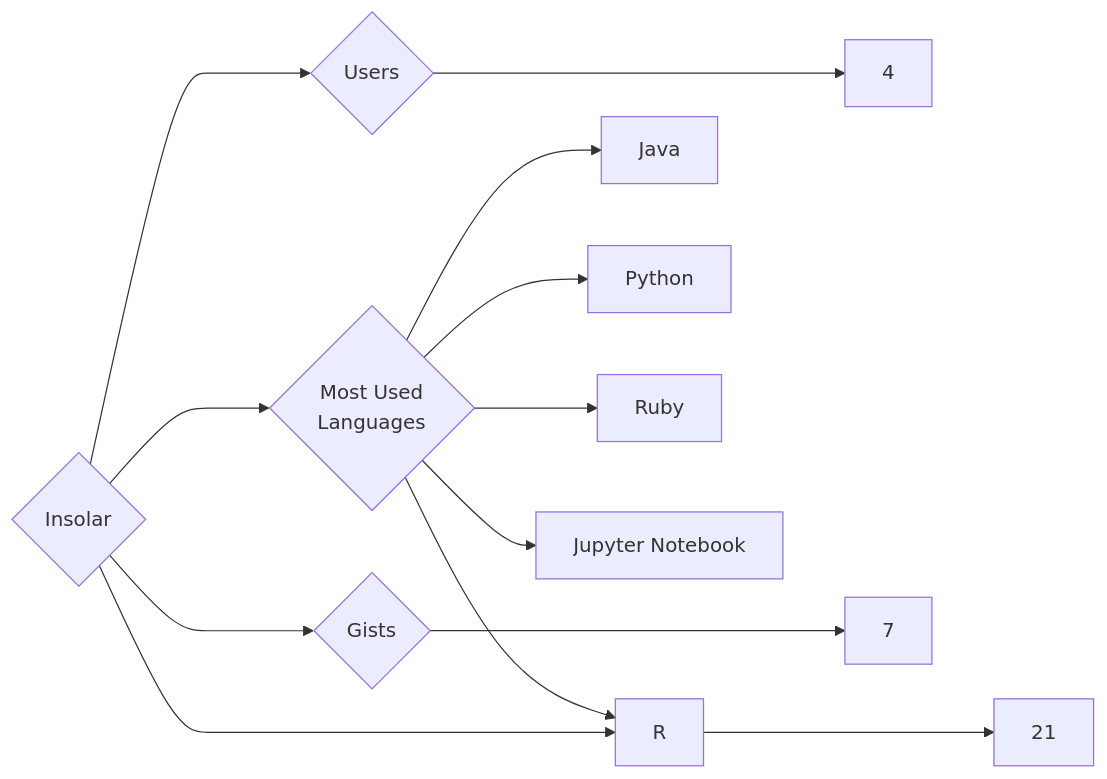
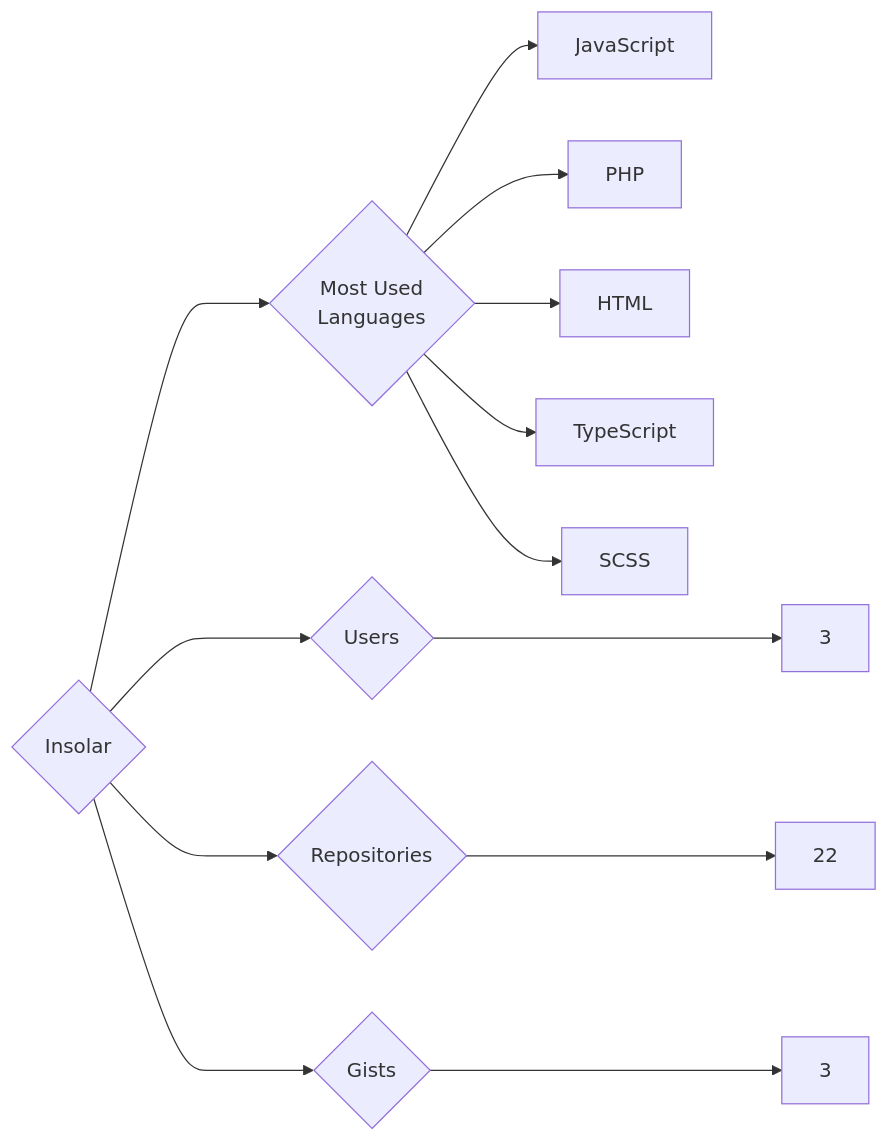
Before and after one commit to trickest/insiders: the diagram in targets/Insolar/README.md, drawn with Mermaid. The commit also changed 927 other files, not shown here.

````diff
--- a/targets/Insolar/README.md
+++ b/targets/Insolar/README.md
@@ -3,13 +3,13 @@
 ```mermaid
 graph LR
 COMPANY_NAME{Insolar}
-COMPANY_NAME ---> U{Users} ---> UN[4]
-COMPANY_NAME ---> R{Repositories} ---> RN[21]
-COMPANY_NAME ---> G{Gists} ---> GN[7]
+COMPANY_NAME ---> U{Users} ---> UN[3]
+COMPANY_NAME ---> R{Repositories} ---> RN[22]
+COMPANY_NAME ---> G{Gists} ---> GN[3]
 COMPANY_NAME ---> ML{Most Used<br>Languages}
-ML --> Java[Java]
-ML --> Python[Python]
-ML --> Ruby[Ruby]
-ML --> R[R]
-ML --> Jupyter_Notebook[Jupyter Notebook]
+ML --> JavaScript[JavaScript]
+ML --> PHP[PHP]
+ML --> HTML[HTML]
+ML --> TypeScript[TypeScript]
+ML --> SCSS[SCSS]
 ```
````
